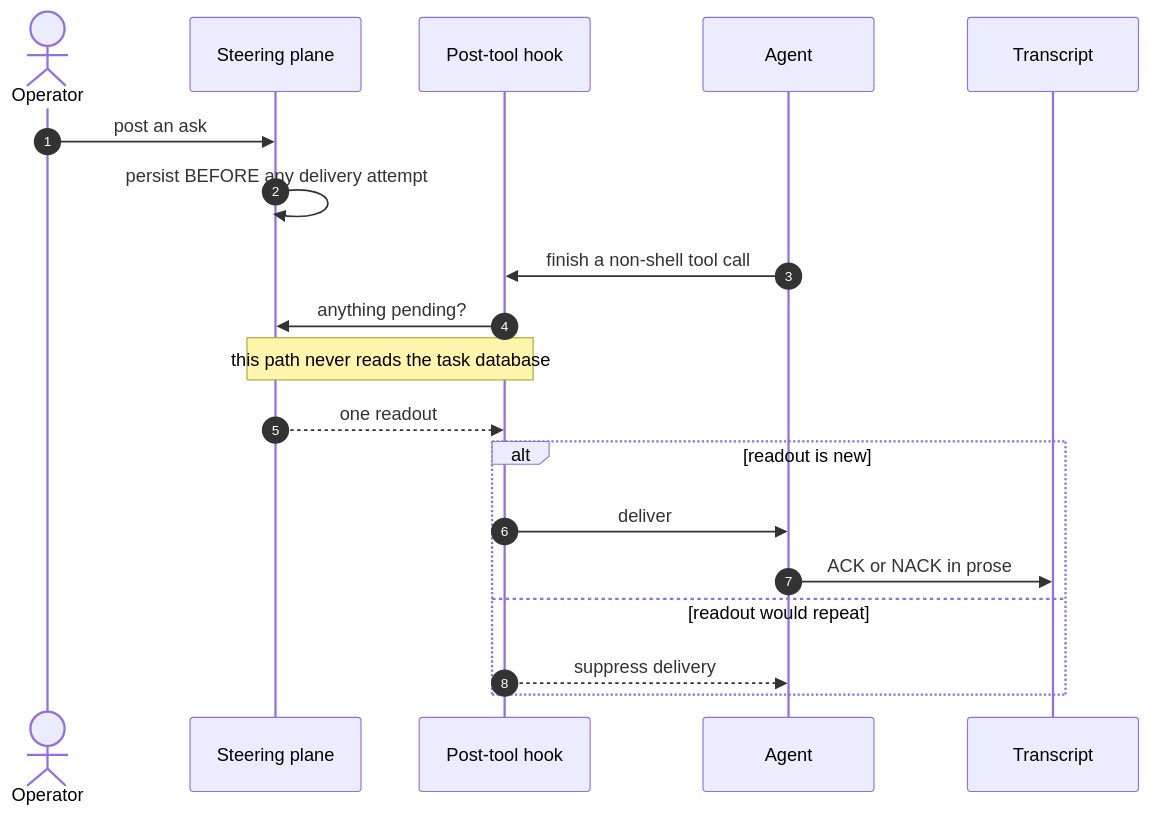
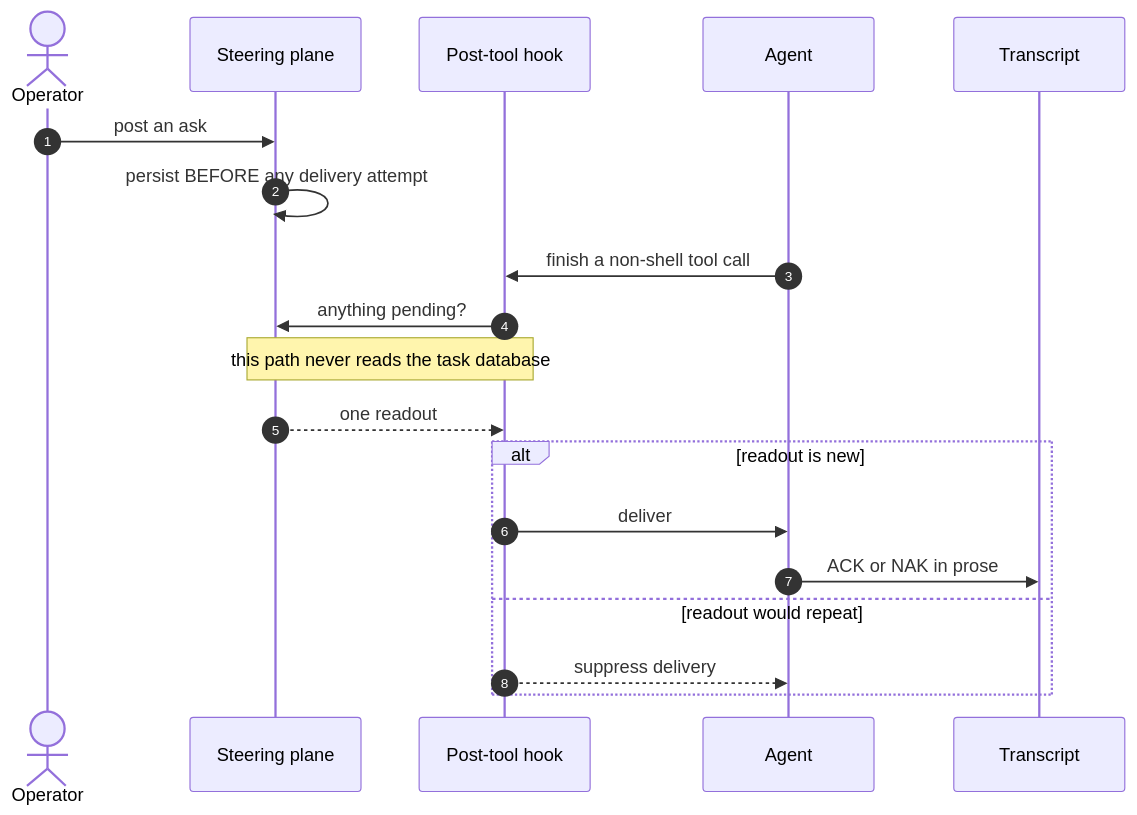
The ninth of 11 diagrams in docs/product/planes/session.md (infimalabs/spice-rust), drawn with Mermaid before and after one commit. The commit also changed 43 other files, not shown here.

Commit message:
Align ACK grammar and rename NACK to NAK

````diff
--- a/docs/product/planes/session.md
+++ b/docs/product/planes/session.md
@@ -399,22 +399,22 @@
 ```mermaid
 sequenceDiagram
   autonumber
   actor OP as Operator
   participant ST as Steering plane
   participant HK as Post-tool hook
   participant AG as Agent
   participant TR as Transcript
 
   OP->>ST: post an ask
   ST->>ST: persist BEFORE any delivery attempt
   AG->>HK: finish a non-shell tool call
   HK->>ST: anything pending?
   Note over HK,ST: this path never reads the task database
   ST-->>HK: one readout
   alt readout is new
     HK->>AG: deliver
-    AG->>TR: ACK or NACK in prose
+    AG->>TR: ACK or NAK in prose
   else readout would repeat
     HK-->>AG: suppress delivery
   end
 ```
````
